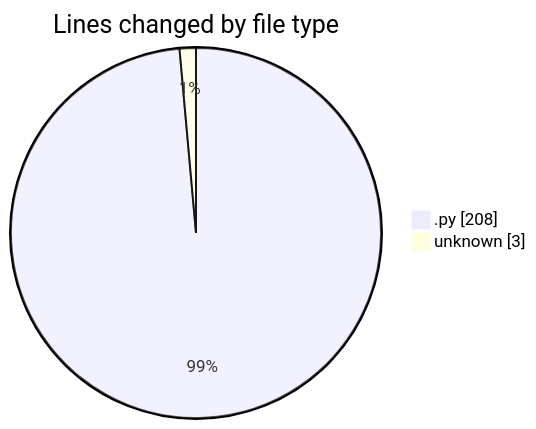
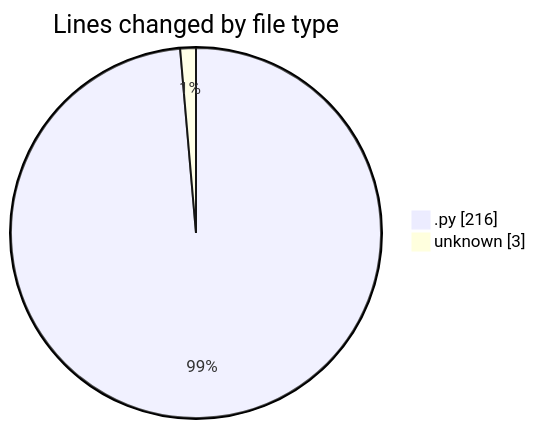
The first of 2 diagrams in 2025-01-21/monteur_automatique/README.md (CELIANVF/code-tracking), drawn with Mermaid before and after one commit. The commit also changed other lines of this file and 1 other file, not shown here.

````diff
--- a/2025-01-21/monteur_automatique/README.md
+++ b/2025-01-21/monteur_automatique/README.md
@@ -23,6 +23,6 @@
 ```mermaid
 pie showData
 title Lines changed by file type
-".py" : 208
+".py" : 216
 "unknown" : 3
 ```
````
